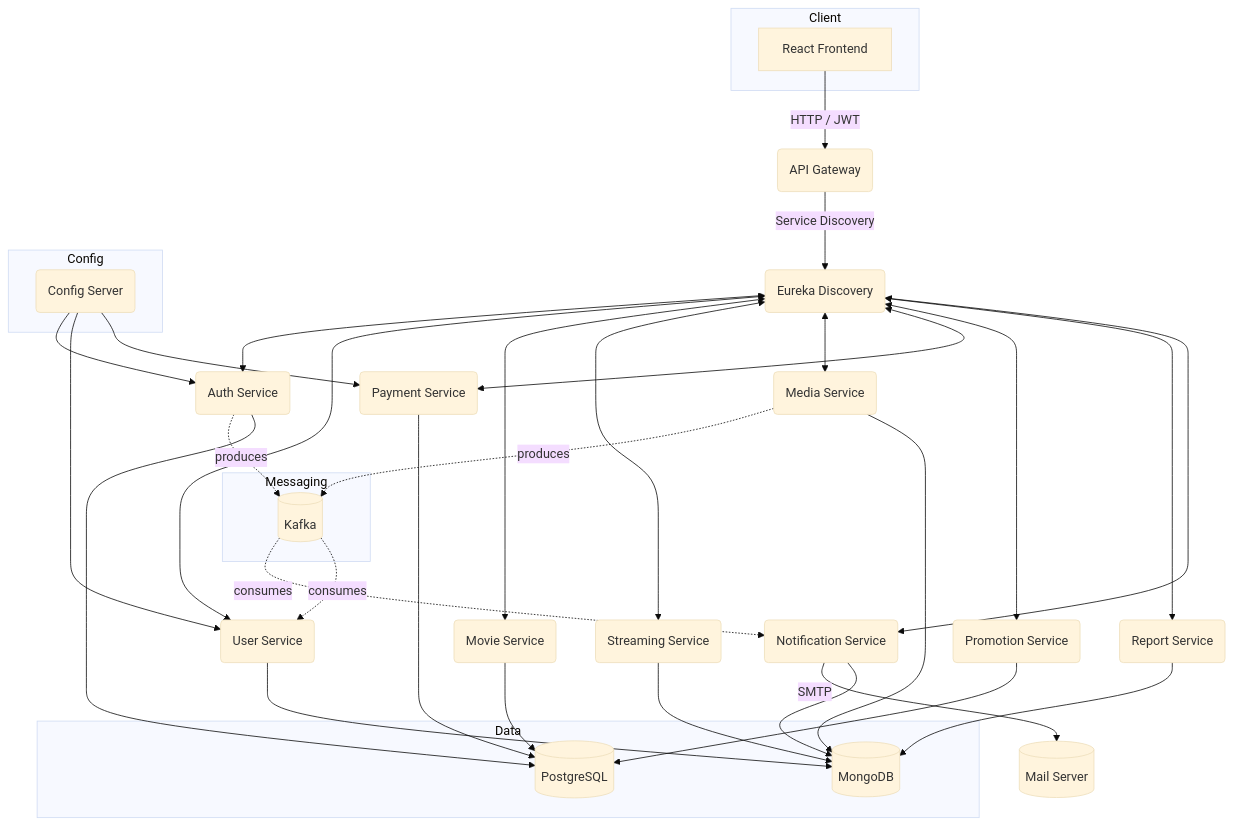
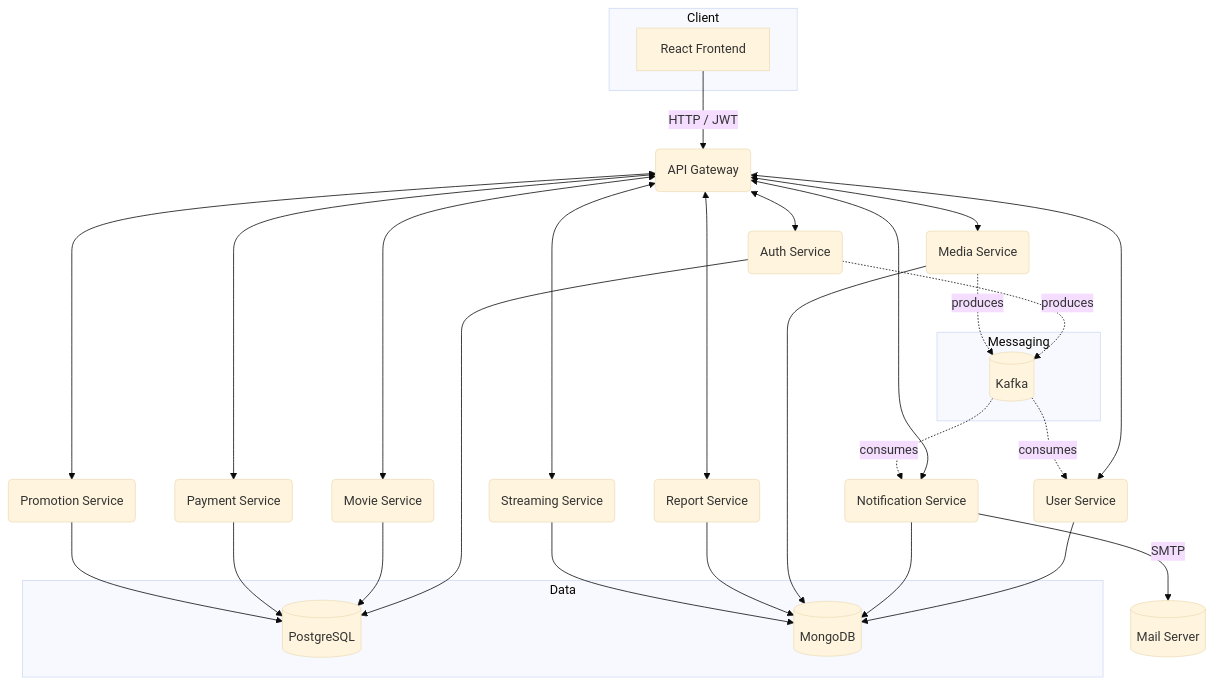
One commit to 81quanghuy/NovaPlay changed the diagram in README.md. Above: the diagram before and after it, drawn with Mermaid (base theme). The commit also changed other lines of this file and 3 other files, not shown here.

First line of the commit message:
docs: cập nhật tài liệu sau khi gỡ cloud-config/discovery-server

````diff
--- a/README.md
+++ b/README.md
@@ -72,48 +72,39 @@
 ```mermaid
 flowchart TD
     subgraph Client
         FE[React Frontend]
     end
     FE -- HTTP / JWT --> APIGW(API Gateway)
-    APIGW -- Service Discovery --> DISC(Eureka Discovery)
-    DISC <--> AUTH(Auth Service)
-    DISC <--> USER(User Service)
-    DISC <--> MOVIE(Movie Service)
-    DISC <--> STREAM(Streaming Service)
-    DISC <--> MEDIA(Media Service)
-    DISC <--> PAYMENT(Payment Service)
-    DISC <--> PROMO(Promotion Service)
-    DISC <--> REPORT(Report Service)
-    DISC <--> NOTIF(Notification Service)
+    APIGW <--> AUTH(Auth Service)
+    APIGW <--> USER(User Service)
+    APIGW <--> MOVIE(Movie Service)
+    APIGW <--> STREAM(Streaming Service)
+    APIGW <--> MEDIA(Media Service)
+    APIGW <--> PAYMENT(Payment Service)
+    APIGW <--> PROMO(Promotion Service)
+    APIGW <--> REPORT(Report Service)
+    APIGW <--> NOTIF(Notification Service)
     subgraph Messaging
         KAFKA[(Kafka)]
     end
 
     AUTH -. produces .-> KAFKA
     MEDIA -. produces .-> KAFKA
     KAFKA -. consumes .-> NOTIF
     KAFKA -. consumes .-> USER
     NOTIF -- SMTP --> SMTP[(Mail Server)]
 
     subgraph Data
         POSTGRES[(PostgreSQL)]
         MONGO[(MongoDB)]
     end
     USER --> MONGO
     AUTH --> POSTGRES
     MOVIE --> POSTGRES
     PAYMENT --> POSTGRES
     PROMO --> POSTGRES
     NOTIF --> MONGO
     MEDIA --> MONGO
     REPORT--> MONGO
     STREAM --> MONGO
-
-    subgraph Config
-        CONFIG(Config Server)
-    end
-
-    CONFIG --> AUTH
-    CONFIG --> USER
-    CONFIG --> PAYMENT
 ```
````
